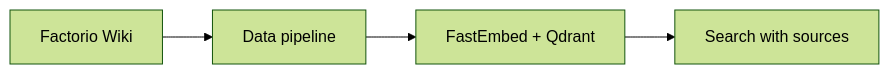
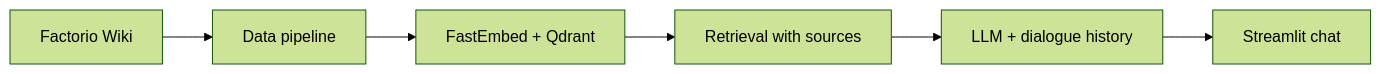
One commit to ilyaminch/factorio-RAG changed the diagram in README.md. Above: the diagram before and after it, drawn with Mermaid (forest theme). The commit also changed other lines of this file and 13 other files, not shown here.

````diff
--- a/README.md
+++ b/README.md
@@ -10,6 +10,8 @@
 ```mermaid
 flowchart LR
     W[Factorio Wiki] --> P[Data pipeline]
     P --> V[FastEmbed + Qdrant]
-    V --> S[Search with sources]
+    V --> S[Retrieval with sources]
+    S --> R[LLM + dialogue history]
+    R --> U[Streamlit chat]
 ```
````
